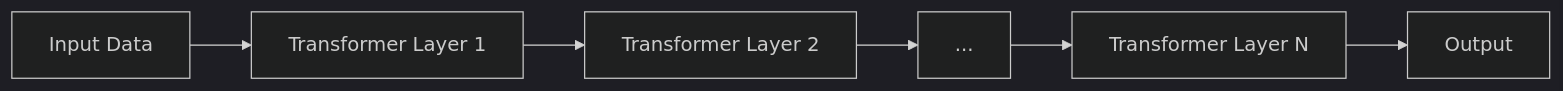
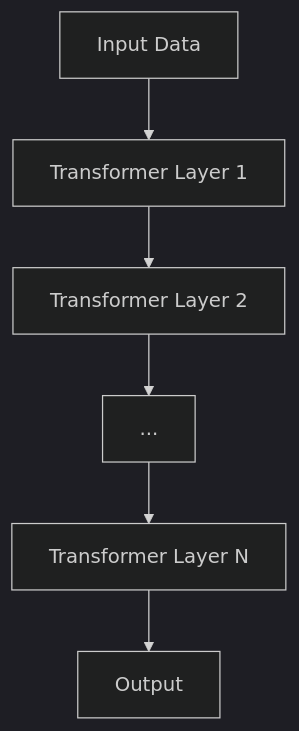
The first of 4 diagrams in README.md (gatepoet/LLM-Guide), drawn with Mermaid (dark theme) before and after one commit. The commit also changed other lines of this file, not shown here.

````diff
--- a/README.md
+++ b/README.md
@@ -18,8 +18,8 @@
 ```mermaid
-    graph LR
+    graph
     A[Input Data] --> B[Transformer Layer 1]
     B --> C[Transformer Layer 2]
     C --> D[...]
     D --> E[Transformer Layer N]
     E --> F[Output]
 ```
````
